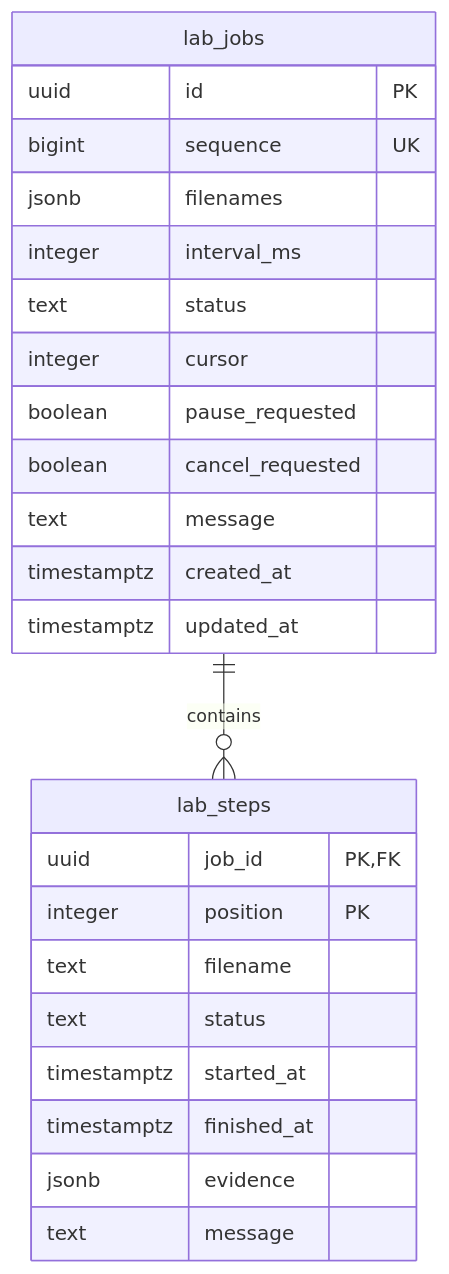
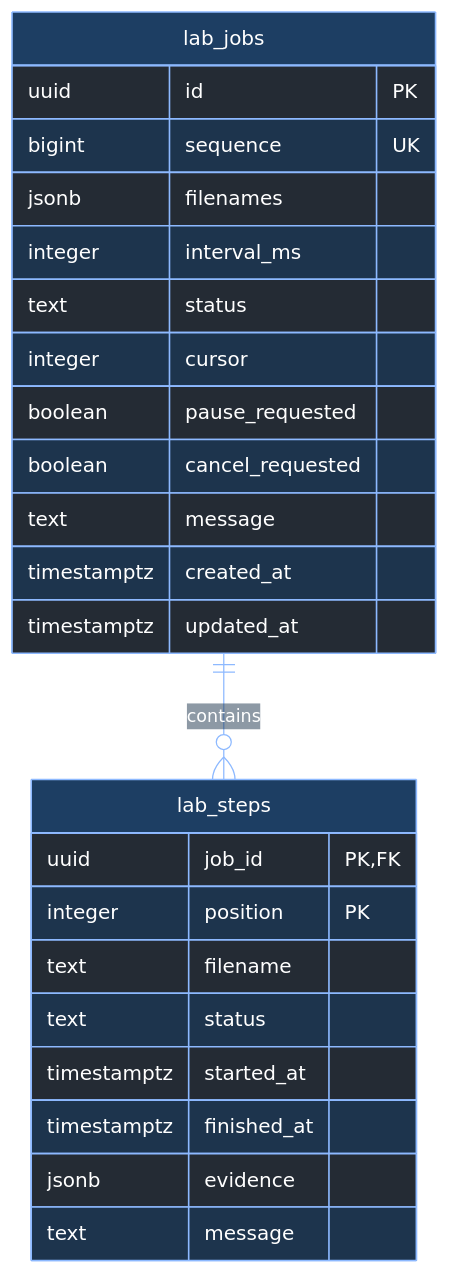
One commit to alejandrofrank/pulse-data-platform changed the third of 3 diagrams in docs/database-map.md. Above: the diagram before and after it, drawn with Mermaid. The commit also changed other lines of this file, not shown here.

Commit message:
fix: use dark grey and blue database diagram rows with white text

````diff
--- a/docs/database-map.md
+++ b/docs/database-map.md
@@ -238,27 +240,28 @@
 ```mermaid
+%%{init: {"theme":"base","themeVariables":{"darkMode":true,"background":"#10151c","primaryColor":"#1d3e63","primaryTextColor":"#ffffff","primaryBorderColor":"#8db9ff","secondaryColor":"#242b34","secondaryTextColor":"#ffffff","tertiaryColor":"#1d344d","tertiaryTextColor":"#ffffff","lineColor":"#8db9ff","textColor":"#ffffff","nodeTextColor":"#ffffff","edgeLabelBackground":"#10151c","rowOdd":"#242b34","rowEven":"#1d344d","attributeBackgroundColorOdd":"#242b34","attributeBackgroundColorEven":"#1d344d","relationColor":"#8db9ff","relationLabelColor":"#ffffff","relationLabelBackground":"#10151c"}}}%%
 erDiagram
     lab_jobs ||--o{ lab_steps : contains
     lab_jobs {
         uuid id PK
         bigint sequence UK
         jsonb filenames
         integer interval_ms
         text status
         integer cursor
         boolean pause_requested
         boolean cancel_requested
         text message
         timestamptz created_at
         timestamptz updated_at
     }
     lab_steps {
         uuid job_id PK, FK
         integer position PK
         text filename
         text status
         timestamptz started_at
         timestamptz finished_at
         jsonb evidence
         text message
     }
 ```
````
